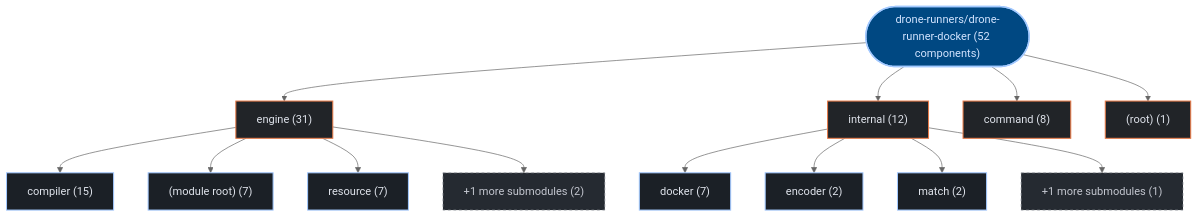
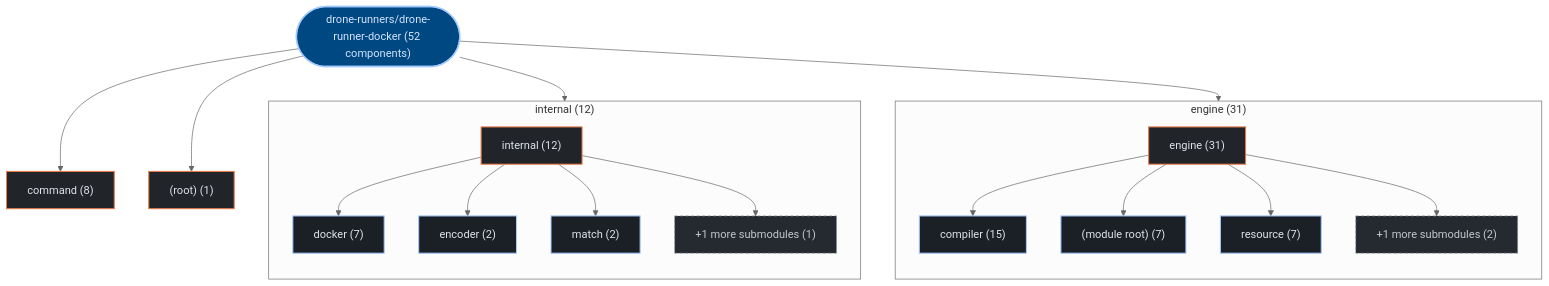
One commit to kumarshaz/atruss-code-atlas changed the first of 3 diagrams in exports/latest/reports/drone-runners-drone-runner-docker-report.md. Above: the diagram before and after it, drawn with Mermaid (neutral theme). The commit also changed 178 other files, not shown here.

Commit message:
feat(ui,mermaid): upgrade to mermaid v12 + ELK layout, add orgs-summary + pagination, subgraph building blocks, fix tab alignment

````diff
--- a/exports/latest/reports/drone-runners-drone-runner-docker-report.md
+++ b/exports/latest/reports/drone-runners-drone-runner-docker-report.md
@@ -42,35 +42,41 @@
 ```mermaid
 graph TD;
   classDef atlasRoot fill:#004882,stroke:#a3c9ff,stroke-width:2px,color:#d3e4ff
   classDef atlasCategory fill:#212428,stroke:#E87A48,stroke-width:1.5px,color:#dfe3eb
   classDef atlasWorkflow fill:#1b2026,stroke:#a3c9ff,stroke-width:1.5px,color:#dfe3eb
   classDef atlasJob fill:#171c22,stroke:#8d9199,stroke-width:1px,color:#dfe3eb
   classDef atlasTarget fill:#005227,stroke:#8bd99b,stroke-width:1.5px,color:#a7f6b6
   classDef atlasAlert fill:#93000a,stroke:#ffb4ab,stroke-width:1.5px,color:#ffdad6
   classDef atlasMore fill:#252a31,stroke:#8d9199,stroke-dasharray:4 4,color:#c3c6cf
     repo_root(["drone-runners/drone-runner-docker (52 components)"]):::atlasRoot
-    dir_0_engine["engine (31)"]:::atlasCategory
+    subgraph sg_dir_0_engine["engine (31)"]
+      direction TB
+      dir_0_engine["engine (31)"]:::atlasCategory
+      sub_0_0_compiler["compiler (15)"]:::atlasWorkflow
+      dir_0_engine --> sub_0_0_compiler
+      sub_0_1__module_root_["(module root) (7)"]:::atlasWorkflow
+      dir_0_engine --> sub_0_1__module_root_
+      sub_0_2_resource["resource (7)"]:::atlasWorkflow
+      dir_0_engine --> sub_0_2_resource
+      sub_0_more["+1 more submodules (2)"]:::atlasMore
+      dir_0_engine --> sub_0_more
+    end
     repo_root --> dir_0_engine
-    sub_0_0_compiler["compiler (15)"]:::atlasWorkflow
-    dir_0_engine --> sub_0_0_compiler
-    sub_0_1__module_root_["(module root) (7)"]:::atlasWorkflow
-    dir_0_engine --> sub_0_1__module_root_
-    sub_0_2_resource["resource (7)"]:::atlasWorkflow
-    dir_0_engine --> sub_0_2_resource
-    sub_0_more["+1 more submodules (2)"]:::atlasMore
-    dir_0_engine --> sub_0_more
-    dir_1_internal["internal (12)"]:::atlasCategory
+    subgraph sg_dir_1_internal["internal (12)"]
+      direction TB
+      dir_1_internal["internal (12)"]:::atlasCategory
+      sub_1_0_docker["docker (7)"]:::atlasWorkflow
+      dir_1_internal --> sub_1_0_docker
+      sub_1_1_encoder["encoder (2)"]:::atlasWorkflow
+      dir_1_internal --> sub_1_1_encoder
+      sub_1_2_match["match (2)"]:::atlasWorkflow
+      dir_1_internal --> sub_1_2_match
+      sub_1_more["+1 more submodules (1)"]:::atlasMore
+      dir_1_internal --> sub_1_more
+    end
     repo_root --> dir_1_internal
-    sub_1_0_docker["docker (7)"]:::atlasWorkflow
-    dir_1_internal --> sub_1_0_docker
-    sub_1_1_encoder["encoder (2)"]:::atlasWorkflow
-    dir_1_internal --> sub_1_1_encoder
-    sub_1_2_match["match (2)"]:::atlasWorkflow
-    dir_1_internal --> sub_1_2_match
-    sub_1_more["+1 more submodules (1)"]:::atlasMore
-    dir_1_internal --> sub_1_more
     dir_2_command["command (8)"]:::atlasCategory
     repo_root --> dir_2_command
     dir_3__root_["(root) (1)"]:::atlasCategory
     repo_root --> dir_3__root_
 ```
````
